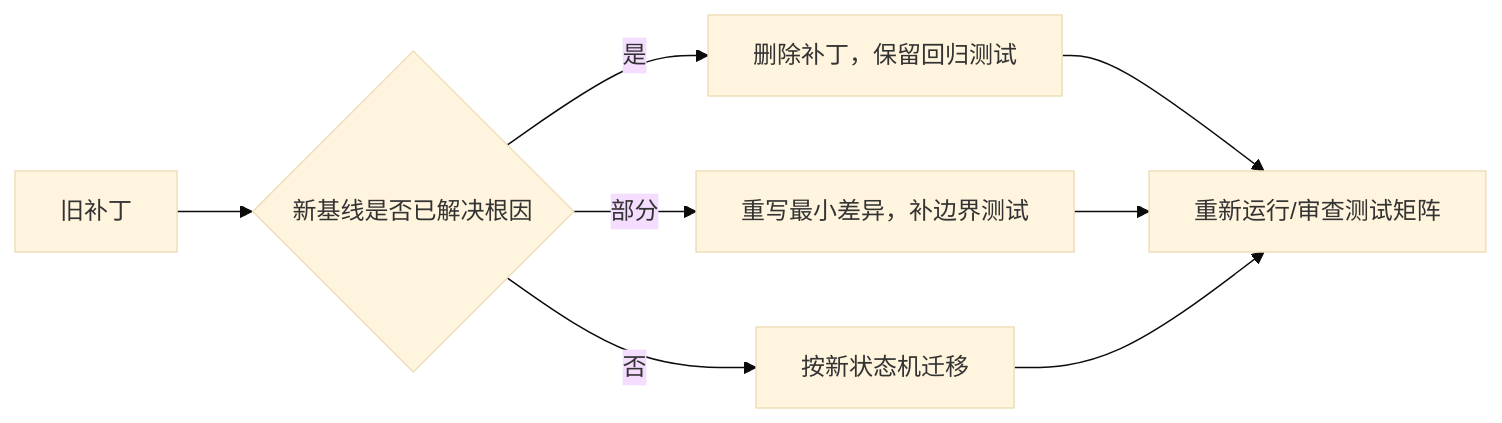
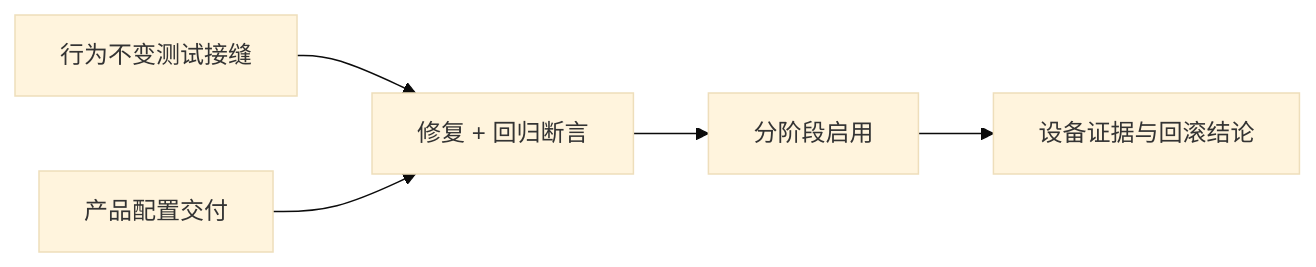
One commit to junyingzhao001/StudyNotes changed the second of 3 diagrams in Android源码学习/198-Android输入定制的补丁组织测试与升级策略.md. Above: the diagram before and after it, drawn with Mermaid (base theme). The commit also changed other lines of this file and 116 other files, not shown here.

````diff
--- a/Android源码学习/198-Android输入定制的补丁组织测试与升级策略.md
+++ b/Android源码学习/198-Android输入定制的补丁组织测试与升级策略.md
@@ -280,10 +556,7 @@
 ```mermaid
 flowchart LR
-  A["旧补丁"] --> B{"新基线是否已解决根因"}
-  B -->|是| C["删除补丁，保留回归测试"]
-  B -->|部分| D["重写最小差异，补边界测试"]
-  B -->|否| E["按新状态机迁移"]
-  C --> F["重新运行/审查测试矩阵"]
-  D --> F
-  E --> F
+    A["行为不变测试接缝"] --> B["修复 + 回归断言"]
+    C["产品配置交付"] --> B
+    B --> D["分阶段启用"]
+    D --> E["设备证据与回滚结论"]
 ```
````
